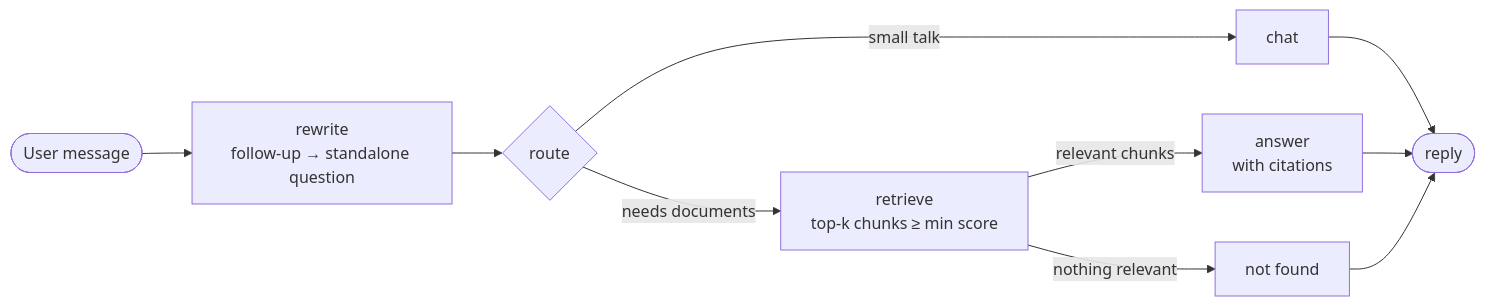
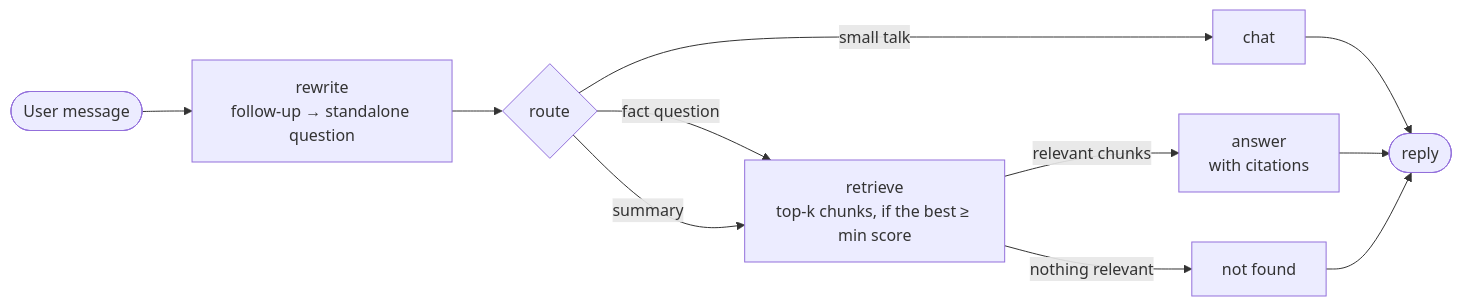
Before and after one commit to smitvlog/langgraph-rag-chatbot: the diagram in README.md, drawn with Mermaid. The commit also changed other lines of this file and 4 other files, not shown here.

````diff
--- a/README.md
+++ b/README.md
@@ -25,12 +25,13 @@
 ```mermaid
 flowchart LR
     U([User message]) --> RW[rewrite<br/>follow-up → standalone question]
     RW --> R{route}
     R -- small talk --> C[chat]
-    R -- needs documents --> RT[retrieve<br/>top-k chunks ≥ min score]
+    R -- fact question --> RT[retrieve<br/>top-k chunks, if the best ≥ min score]
+    R -- summary --> RT
     RT -- relevant chunks --> A[answer<br/>with citations]
     RT -- nothing relevant --> NF[not found]
     C --> E([reply])
     A --> E
     NF --> E
 ```
````
